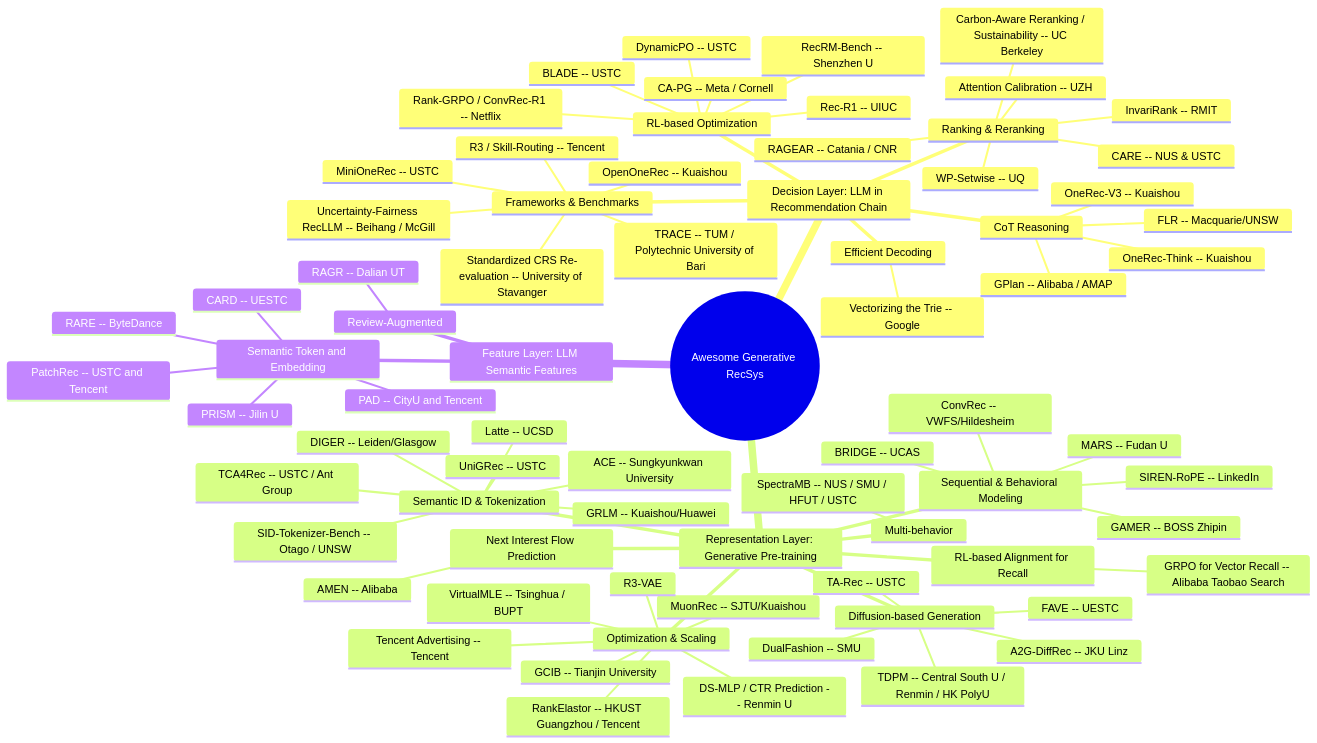
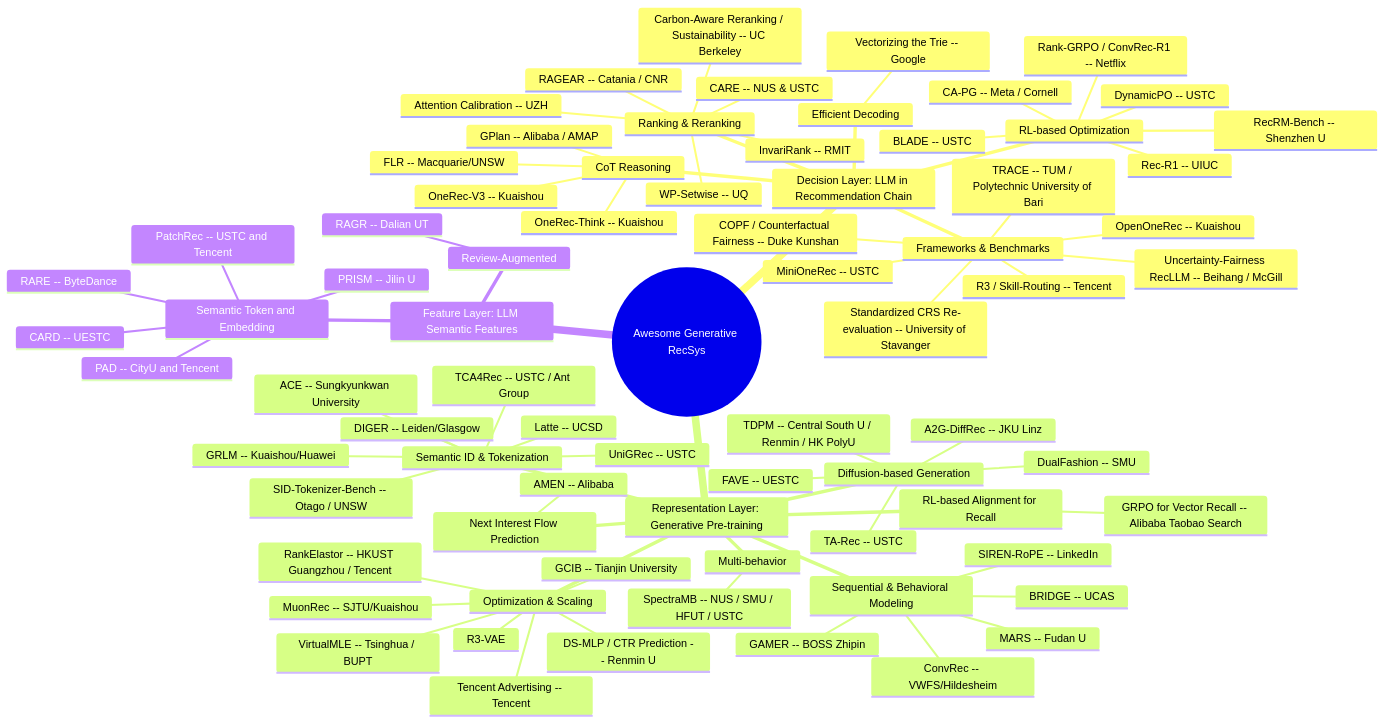
The diagram in README.md (HaFred/awesome-generative-recsys), drawn with Mermaid before and after one commit. The commit also changed other lines of this file, not shown here.

Commit message:
feat: 5 papers June 7 cross-category catch-up (HPRO Li Auto LLM ranking, LeAP Bilibili feature selection, COPF Duke ICML fairness, Variance Reduction ShareChat SIGIR, CSTS RTS/EPFL bandit)

````diff
--- a/README.md
+++ b/README.md
@@ -6,77 +6,78 @@
 ```mermaid
 mindmap
   root((Awesome Generative RecSys))
     Decision Layer: LLM in Recommendation Chain
       CoT Reasoning
         OneRec-Think -- Kuaishou
         OneRec-V3 -- Kuaishou
         GPlan -- Alibaba / AMAP
         FLR -- Macquarie/UNSW
       RL-based Optimization
         Rank-GRPO / ConvRec-R1 -- Netflix
         Rec-R1 -- UIUC
         DynamicPO -- USTC
         RecRM-Bench -- Shenzhen U
         BLADE -- USTC
         CA-PG -- Meta / Cornell
       Ranking & Reranking
         CARE -- NUS & USTC
         InvariRank -- RMIT
         RAGEAR -- Catania / CNR
         WP-Setwise -- UQ
         Attention Calibration -- UZH
         Carbon-Aware Reranking / Sustainability -- UC Berkeley
       Frameworks & Benchmarks
         TRACE -- TUM / Polytechnic University of Bari
         Uncertainty-Fairness RecLLM -- Beihang / McGill
         Standardized CRS Re-evaluation -- University of Stavanger
         R3 / Skill-Routing -- Tencent
         OpenOneRec -- Kuaishou
         MiniOneRec -- USTC
+        COPF / Counterfactual Fairness -- Duke Kunshan
       Efficient Decoding
         Vectorizing the Trie -- Google
     Representation Layer: Generative Pre-training
       Semantic ID & Tokenization
         TCA4Rec -- USTC / Ant Group
         Latte -- UCSD
         DIGER -- Leiden/Glasgow
         UniGRec -- USTC
         GRLM -- Kuaishou/Huawei
         SID-Tokenizer-Bench -- Otago / UNSW
         ACE -- Sungkyunkwan University
       Next Interest Flow Prediction
         AMEN -- Alibaba
       RL-based Alignment for Recall
         GRPO for Vector Recall -- Alibaba Taobao Search
       Diffusion-based Generation
         A2G-DiffRec -- JKU Linz
         TA-Rec -- USTC
         DualFashion -- SMU
         FAVE -- UESTC
         TDPM -- Central South U / Renmin / HK PolyU
       Sequential & Behavioral Modeling
         GAMER -- BOSS Zhipin
         SIREN-RoPE -- LinkedIn
         ConvRec -- VWFS/Hildesheim
         BRIDGE -- UCAS
         MARS -- Fudan U
       Multi-behavior
         SpectraMB -- NUS / SMU / HFUT / USTC
       Optimization & Scaling
         MuonRec -- SJTU/Kuaishou
         R3-VAE
         Tencent Advertising -- Tencent
         RankElastor -- HKUST Guangzhou / Tencent
         GCIB -- Tianjin University
         VirtualMLE -- Tsinghua / BUPT
         DS-MLP / CTR Prediction -- Renmin U
     Feature Layer: LLM Semantic Features
       Semantic Token and Embedding
         PatchRec -- USTC and Tencent
         PAD -- CityU and Tencent
         RARE -- ByteDance
         CARD -- UESTC
         PRISM -- Jilin U
       Review-Augmented
         RAGR -- Dalian UT
 ```
````
